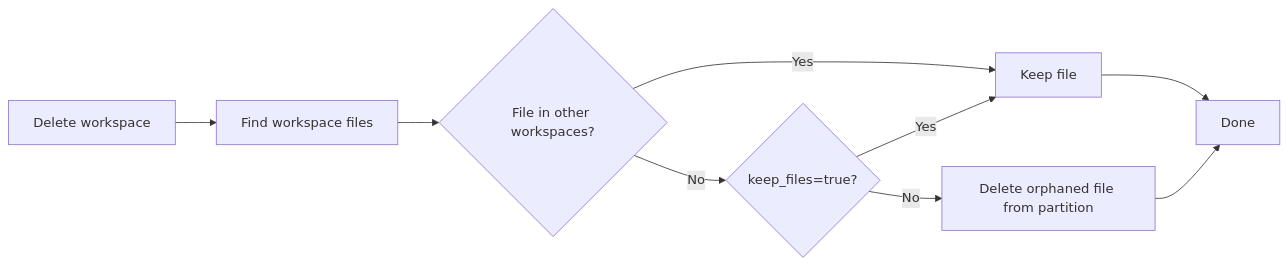
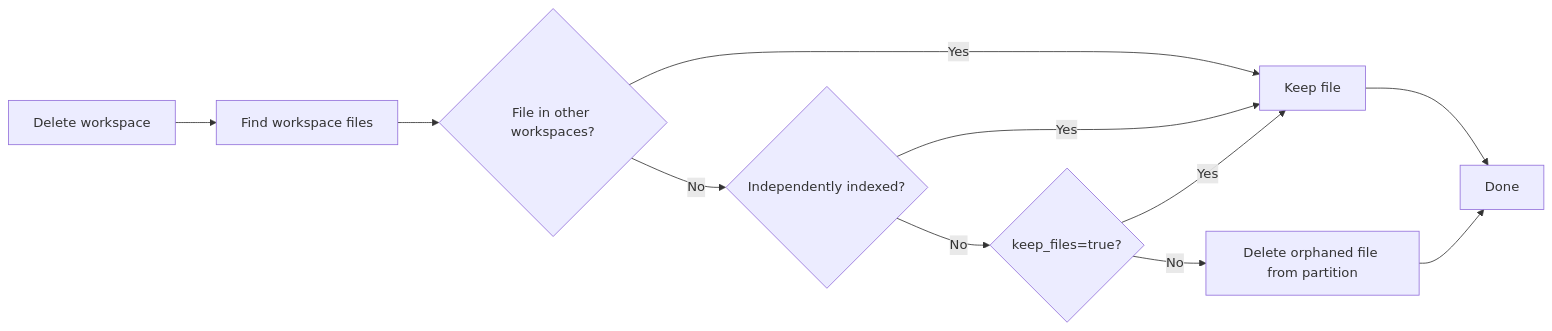
The second of 2 diagrams in docs/content/docs/documentation/workspaces.md (linagora/openrag), drawn with Mermaid before and after one commit. The commit also changed other lines of this file and 15 other files, not shown here.

Commit message:
fix(workspaces): preserve independently indexed files on deletion

````diff
--- a/docs/content/docs/documentation/workspaces.md
+++ b/docs/content/docs/documentation/workspaces.md
@@ -215,11 +216,13 @@
 ```mermaid
 flowchart LR
     A[Delete workspace] --> B[Find workspace files]
     B --> C{File in other workspaces?}
     C -->|Yes| D[Keep file]
-    C -->|No| G{keep_files=true?}
+    C -->|No| H{Independently indexed?}
+    H -->|Yes| D
+    H -->|No| G{keep_files=true?}
     G -->|Yes| D
     G -->|No| E[Delete orphaned file from partition]
     D --> F[Done]
     E --> F
 ```
````
